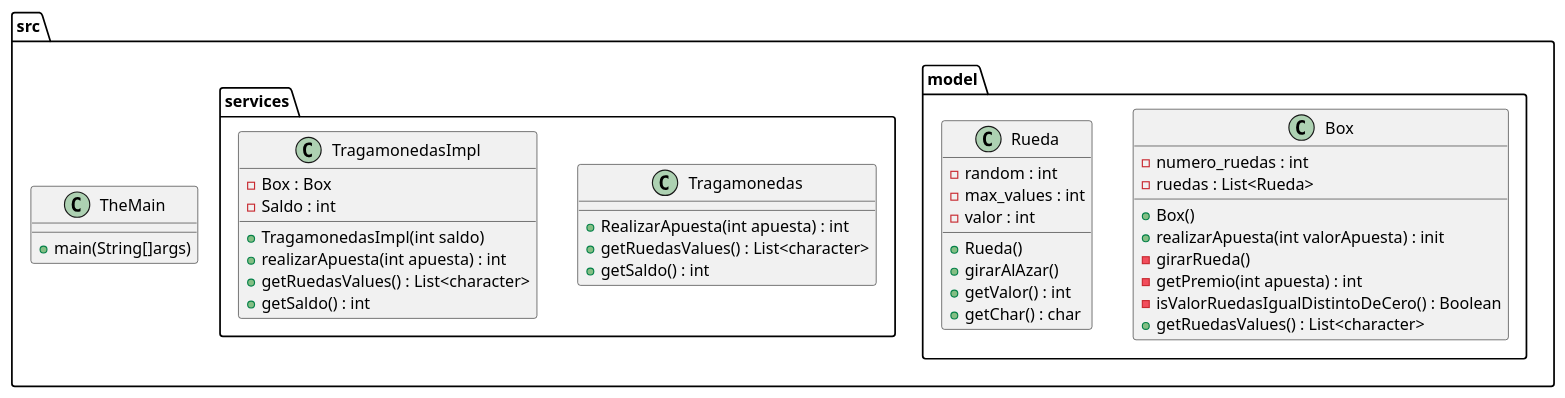
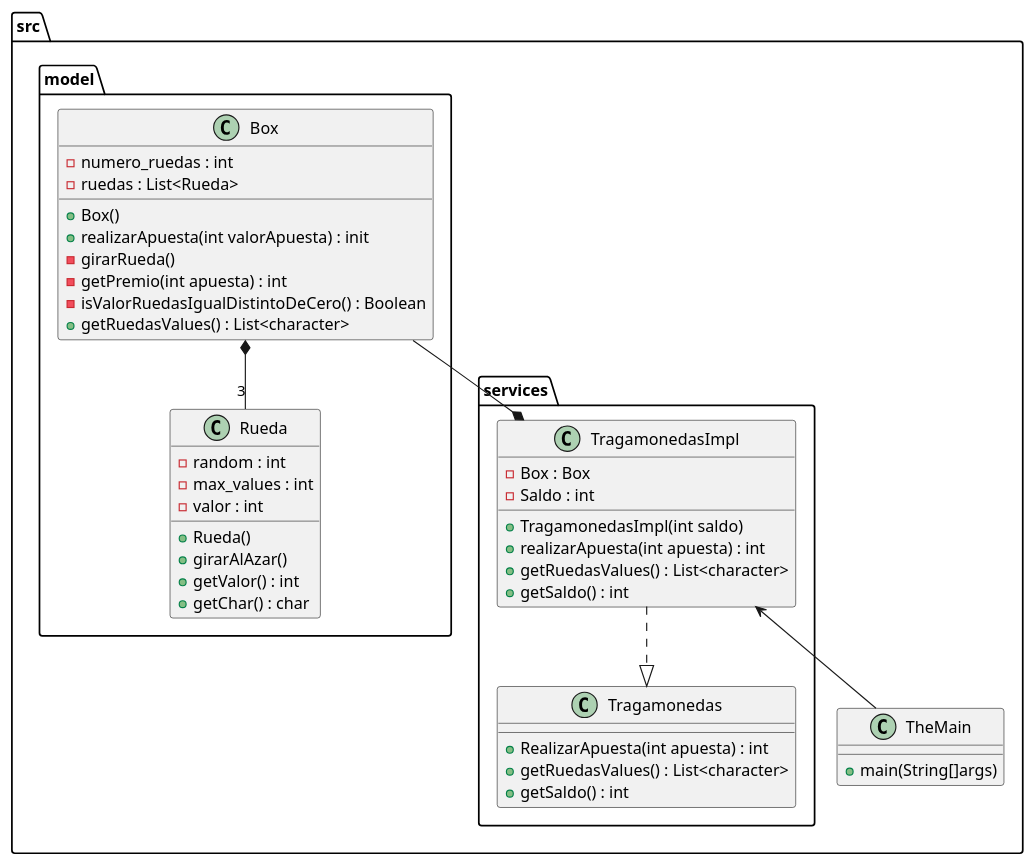
One commit to BaljeetTM/tragamonedasJava changed the diagram in docs/tragamonedas-classes.puml. Above: the diagram before and after it, drawn with PlantUML.

Commit message:
docs: Actualizar diagrama de clases original

```diff
--- a/docs/tragamonedas-classes.puml
+++ b/docs/tragamonedas-classes.puml
@@ -1,47 +1,52 @@
 @startuml
 package src{
     package model{
         class Box{
             -numero_ruedas : int
             -ruedas : List<Rueda>
             +Box()
             +realizarApuesta(int valorApuesta) : init
             -girarRueda()
             -getPremio(int apuesta) : int
             -isValorRuedasIgualDistintoDeCero() : Boolean
             +getRuedasValues() : List<character>
         }
 
         class Rueda{
             -random : int
             -max_values : int
             -valor : int
             +Rueda()
             +girarAlAzar()
             +getValor() : int
             +getChar() : char
         }
     }
 
     package services{
         class Tragamonedas{
             +RealizarApuesta(int apuesta) : int
             +getRuedasValues() : List<character>
             +getSaldo() : int
         }
 
         class TragamonedasImpl{
         -Box : Box
         -Saldo : int
         +TragamonedasImpl(int saldo)
         +realizarApuesta(int apuesta) : int
         +getRuedasValues() : List<character>
         +getSaldo() : int
         }
     }
 
     class TheMain{
     +main(String[]args)
     }
 }
+
+Box *-- "3" Rueda
+    Box --* TragamonedasImpl
+    TragamonedasImpl ..|> Tragamonedas
+    TragamonedasImpl <-- TheMain
 @enduml
```
